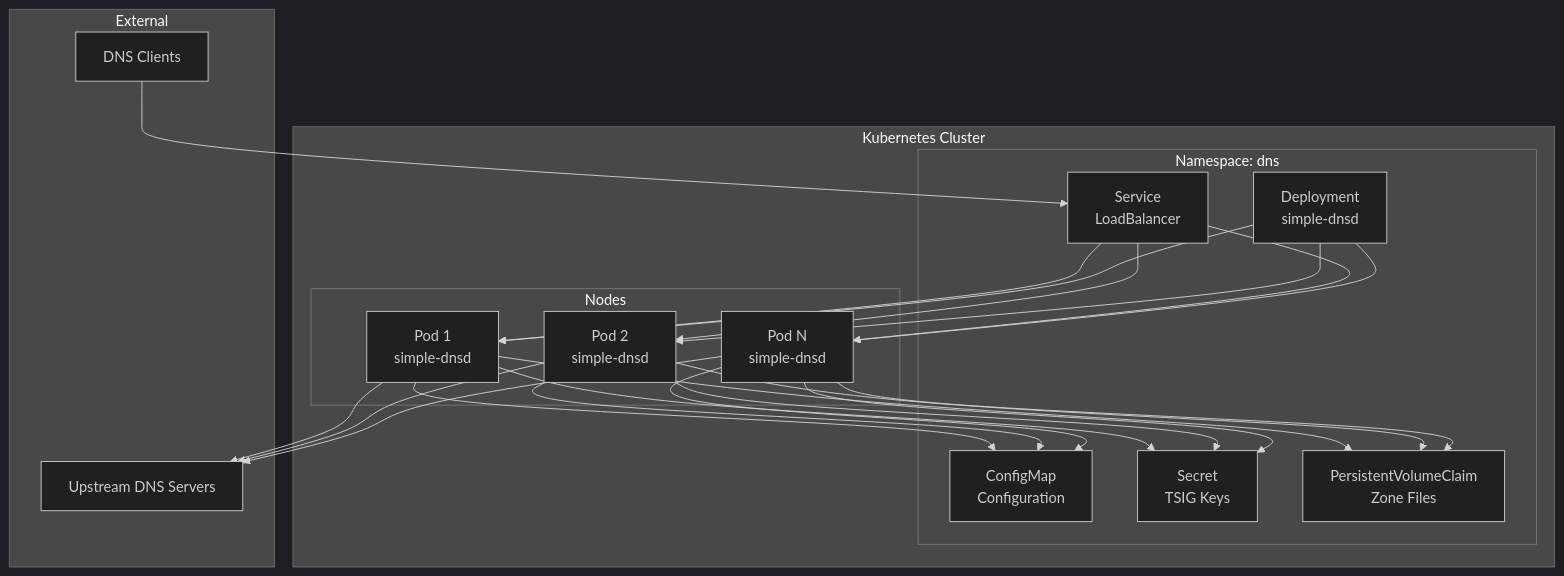
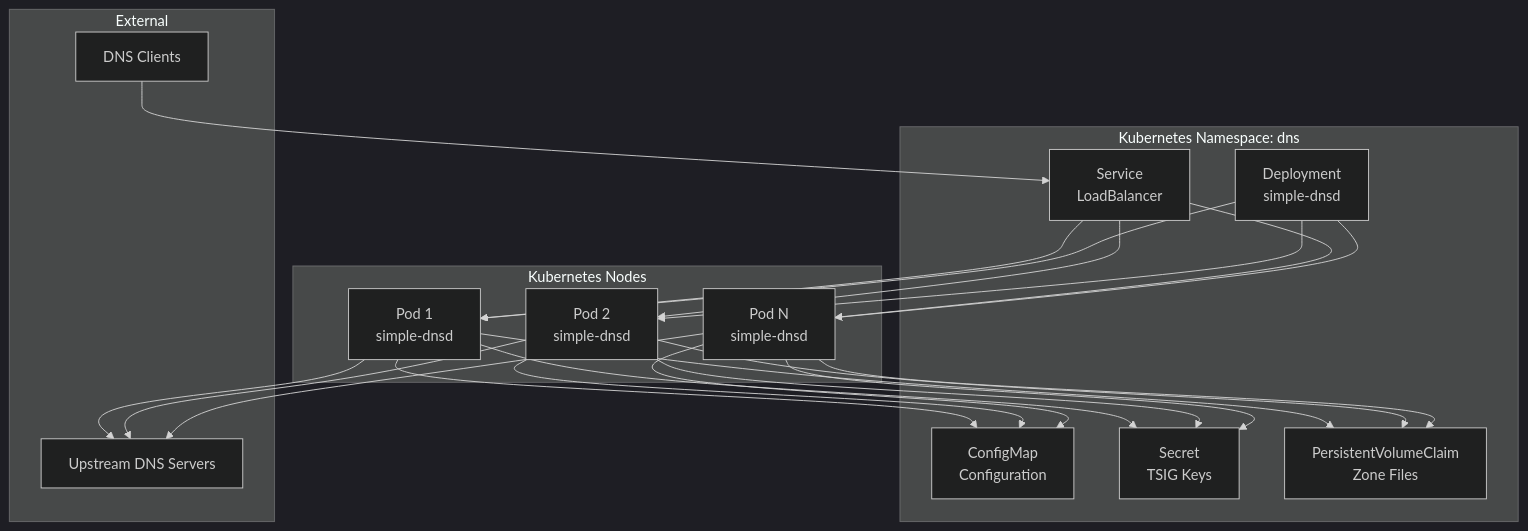
One commit to SimpleDaemons/simple-dnsd changed the fifth of 6 diagrams in docs/diagrams/deployment.md. Above: the diagram before and after it, drawn with Mermaid (dark theme). The commit also changed other lines of this file, not shown here.

Commit message:
Fix Mermaid syntax: flatten nested subgraphs in deployment diagrams

````diff
--- a/docs/diagrams/deployment.md
+++ b/docs/diagrams/deployment.md
@@ -179,48 +173,46 @@
 ```mermaid
 graph TB
-    subgraph "Kubernetes Cluster"
-        subgraph "Namespace: dns"
-            Deployment[Deployment<br/>simple-dnsd]
-            Service[Service<br/>LoadBalancer]
-            ConfigMap[ConfigMap<br/>Configuration]
-            Secret[Secret<br/>TSIG Keys]
-            PVC[PersistentVolumeClaim<br/>Zone Files]
-        end
-
-        subgraph "Nodes"
-            Pod1[Pod 1<br/>simple-dnsd]
-            Pod2[Pod 2<br/>simple-dnsd]
-            PodN[Pod N<br/>simple-dnsd]
-        end
+    subgraph "Kubernetes Namespace: dns"
+        Deployment[Deployment<br/>simple-dnsd]
+        Service[Service<br/>LoadBalancer]
+        ConfigMap[ConfigMap<br/>Configuration]
+        Secret[Secret<br/>TSIG Keys]
+        PVC[PersistentVolumeClaim<br/>Zone Files]
     end
-
+    
+    subgraph "Kubernetes Nodes"
+        Pod1[Pod 1<br/>simple-dnsd]
+        Pod2[Pod 2<br/>simple-dnsd]
+        PodN[Pod N<br/>simple-dnsd]
+    end
+    
     subgraph "External"
         Clients[DNS Clients]
         Upstream[Upstream DNS Servers]
     end
-
+    
     Clients --> Service
     Service --> Pod1
     Service --> Pod2
     Service --> PodN
-
+    
     Deployment --> Pod1
     Deployment --> Pod2
     Deployment --> PodN
-
+    
     Pod1 --> ConfigMap
     Pod1 --> Secret
     Pod1 --> PVC
-
+    
     Pod2 --> ConfigMap
     Pod2 --> Secret
     Pod2 --> PVC
-
+    
     PodN --> ConfigMap
     PodN --> Secret
     PodN --> PVC
-
+    
     Pod1 --> Upstream
     Pod2 --> Upstream
     PodN --> Upstream
 ```
````
